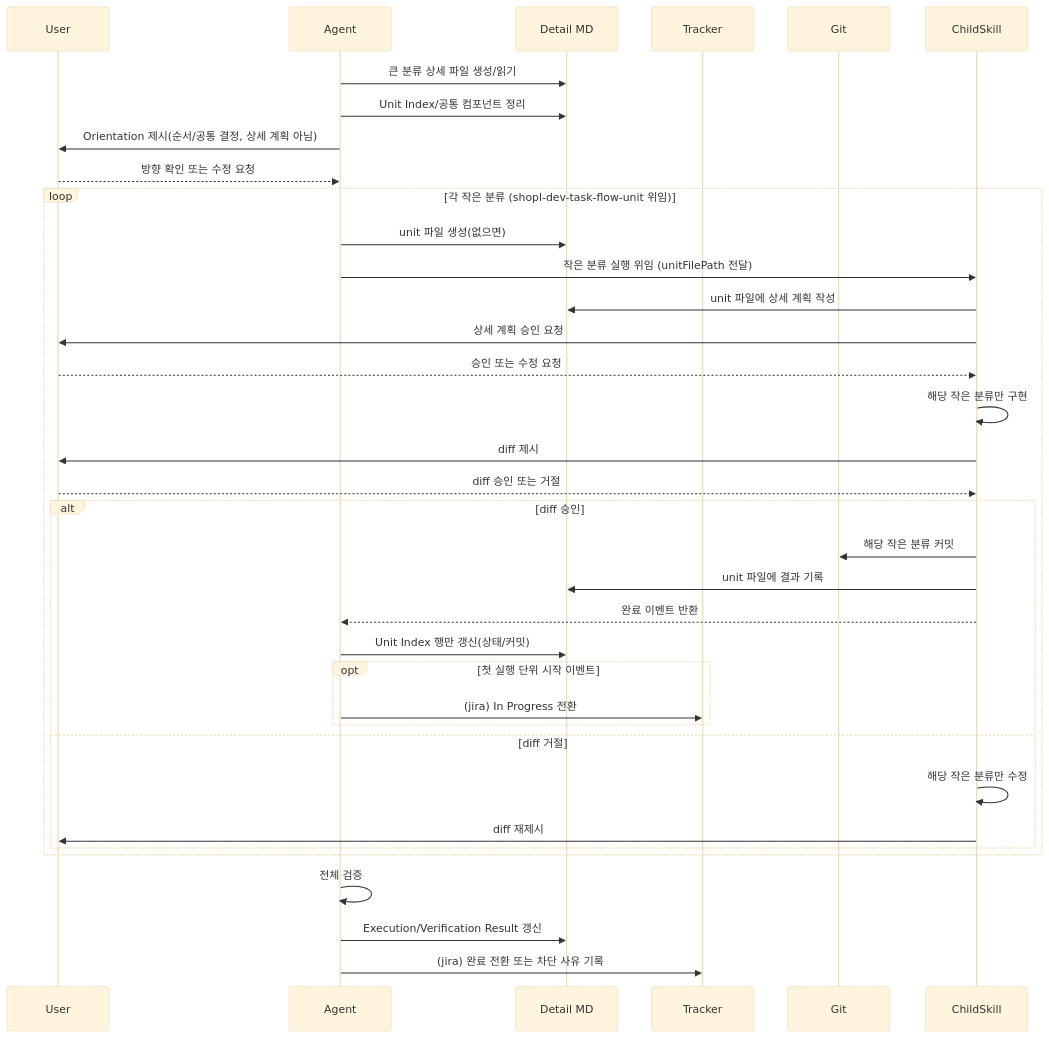
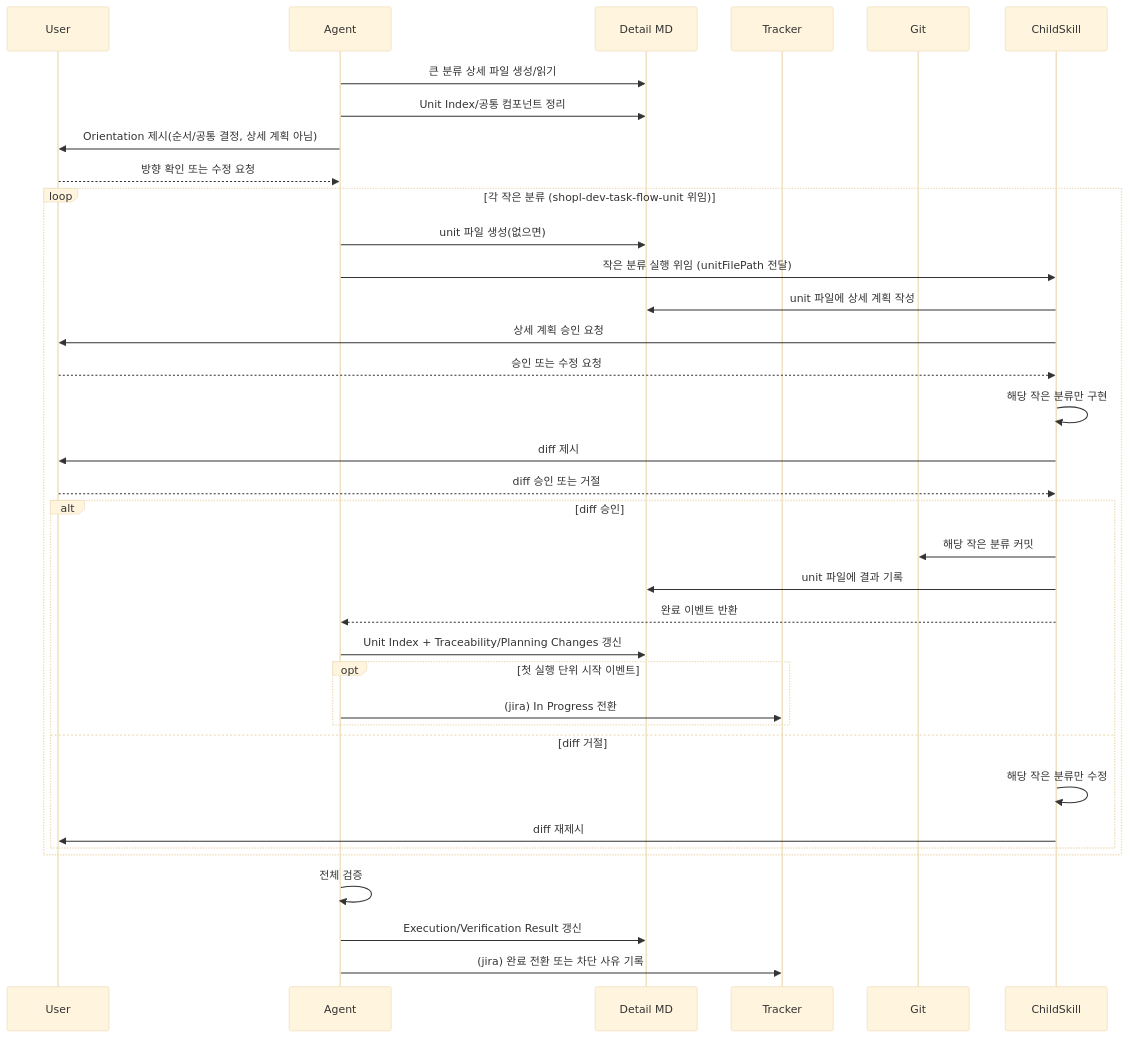
Before and after one commit to e-build/my-agent-prompt: the diagram in skills/shopl/shopl-dev-task-flow/SKILL.md, drawn with Mermaid (base theme). The commit also changed other lines of this file and 1 other file, not shown here.

````diff
--- a/skills/shopl/shopl-dev-task-flow/SKILL.md
+++ b/skills/shopl/shopl-dev-task-flow/SKILL.md
@@ -500,42 +500,42 @@
 ```mermaid
 sequenceDiagram
     participant U as User
     participant A as Agent
     participant D as Detail MD
     participant T as Tracker
     participant G as Git
     participant C as ChildSkill
 
     A->>D: 큰 분류 상세 파일 생성/읽기
     A->>D: Unit Index/공통 컴포넌트 정리
     A->>U: Orientation 제시(순서/공통 결정, 상세 계획 아님)
     U-->>A: 방향 확인 또는 수정 요청
 
     loop 각 작은 분류 (shopl-dev-task-flow-unit 위임)
         A->>D: unit 파일 생성(없으면)
         A->>C: 작은 분류 실행 위임 (unitFilePath 전달)
 
         C->>D: unit 파일에 상세 계획 작성
         C->>U: 상세 계획 승인 요청
         U-->>C: 승인 또는 수정 요청
         C->>C: 해당 작은 분류만 구현
         C->>U: diff 제시
         U-->>C: diff 승인 또는 거절
         alt diff 승인
             C->>G: 해당 작은 분류 커밋
             C->>D: unit 파일에 결과 기록
             C-->>A: 완료 이벤트 반환
-            A->>D: Unit Index 행만 갱신(상태/커밋)
+            A->>D: Unit Index + Traceability/Planning Changes 갱신
             opt 첫 실행 단위 시작 이벤트
                 A->>T: (jira) In Progress 전환
             end
         else diff 거절
             C->>C: 해당 작은 분류만 수정
             C->>U: diff 재제시
         end
     end
 
     A->>A: 전체 검증
     A->>D: Execution/Verification Result 갱신
     A->>T: (jira) 완료 전환 또는 차단 사유 기록
 ```
````
